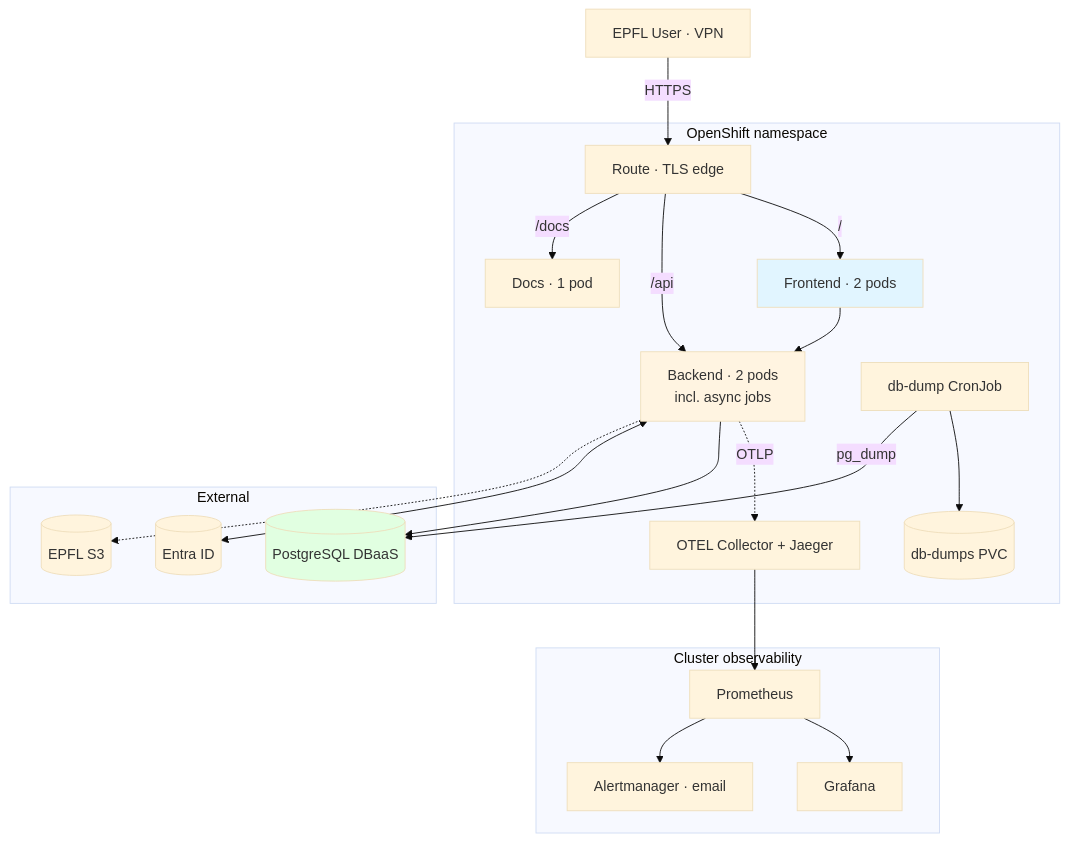
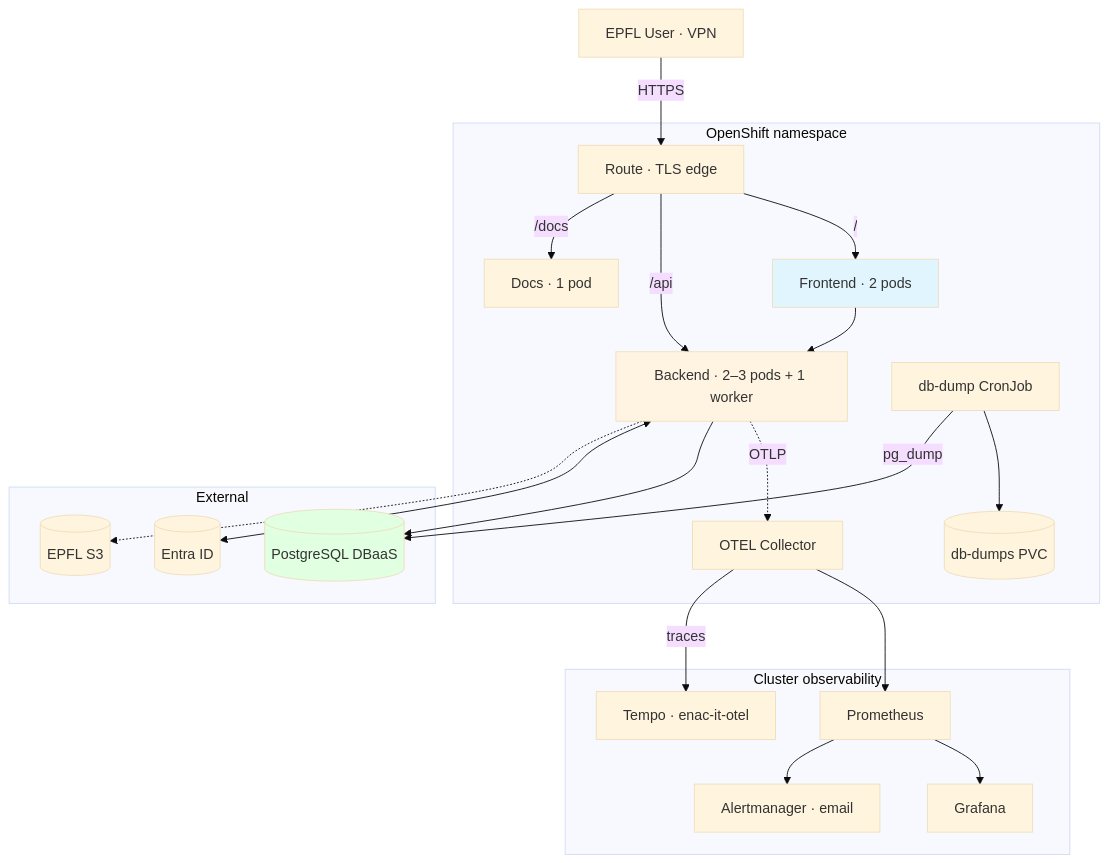
One commit to EPFL-ENAC/co2-calculator changed the second of 3 diagrams in docs/src/architecture/11-deployment-topology.md. Above: the diagram before and after it, drawn with Mermaid (base theme). The commit also changed other lines of this file and 15 other files, not shown here.

````diff
--- a/docs/src/architecture/11-deployment-topology.md
+++ b/docs/src/architecture/11-deployment-topology.md
@@ -55,45 +55,46 @@
 ```mermaid
 graph TB
     User[EPFL User · VPN] -->|HTTPS| Route
 
     subgraph "OpenShift namespace"
         Route[Route · TLS edge]
         FE[Frontend · 2 pods]
-        BE[Backend · 2 pods<br/>incl. async jobs]
+        BE[Backend · 2–3 pods + 1 worker]
         Docs[Docs · 1 pod]
-        Otel[OTEL Collector + Jaeger]
+        Otel[OTEL Collector]
         DBDump[db-dump CronJob]
         PVC[(db-dumps PVC)]
 
         Route -->|/| FE
         Route -->|/api| BE
         Route -->|/docs| Docs
         FE --> BE
         BE -.->|OTLP| Otel
         DBDump --> PVC
     end
 
     subgraph "Cluster observability"
         Prom[Prometheus]
         Graf[Grafana]
         Alert[Alertmanager · email]
         Otel --> Prom
+        Otel -->|traces| Tempo[Tempo · enac-it-otel]
         Prom --> Graf
         Prom --> Alert
     end
 
     subgraph "External"
         PG[(PostgreSQL DBaaS)]
         Entra[(Entra ID)]
         S3[(EPFL S3)]
     end
 
     BE --> PG
     BE <--> Entra
     BE -.-> S3
     DBDump -->|pg_dump| PG
 
     style FE fill:#e1f5ff
     style BE fill:#fff4e1
     style PG fill:#e1ffe1
 ```
````
